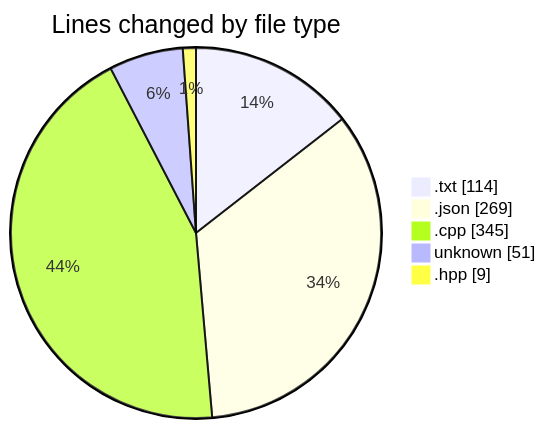
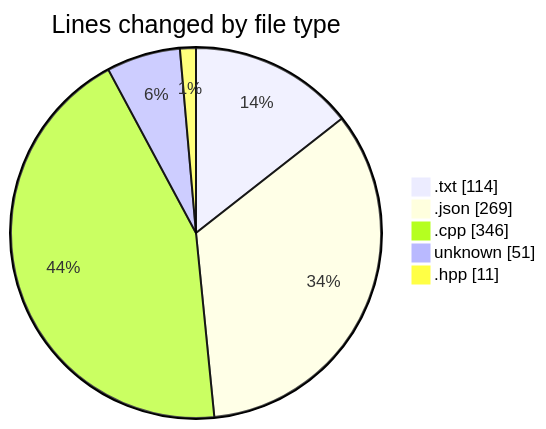
One commit to Netris89/code-tracking changed the first of 2 diagrams in 2025-04-07/echo/README.md. Above: the diagram before and after it, drawn with Mermaid. The commit also changed other lines of this file and 1 other file, not shown here.

````diff
--- a/2025-04-07/echo/README.md
+++ b/2025-04-07/echo/README.md
@@ -25,9 +25,9 @@
 ```mermaid
 pie showData
 title Lines changed by file type
 ".txt" : 114
 ".json" : 269
-".cpp" : 345
+".cpp" : 346
 "unknown" : 51
-".hpp" : 9
+".hpp" : 11
 ```
````
